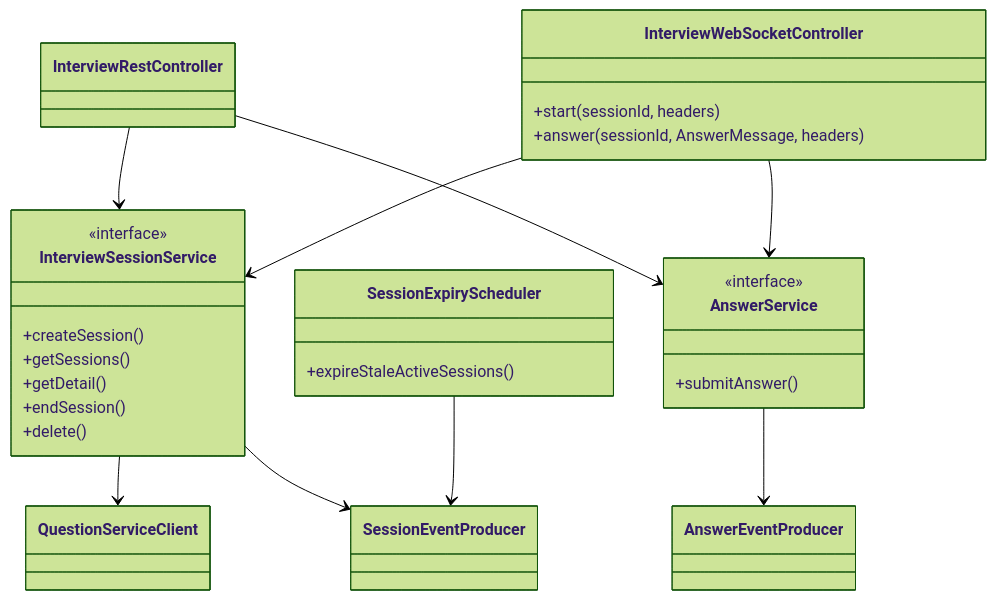
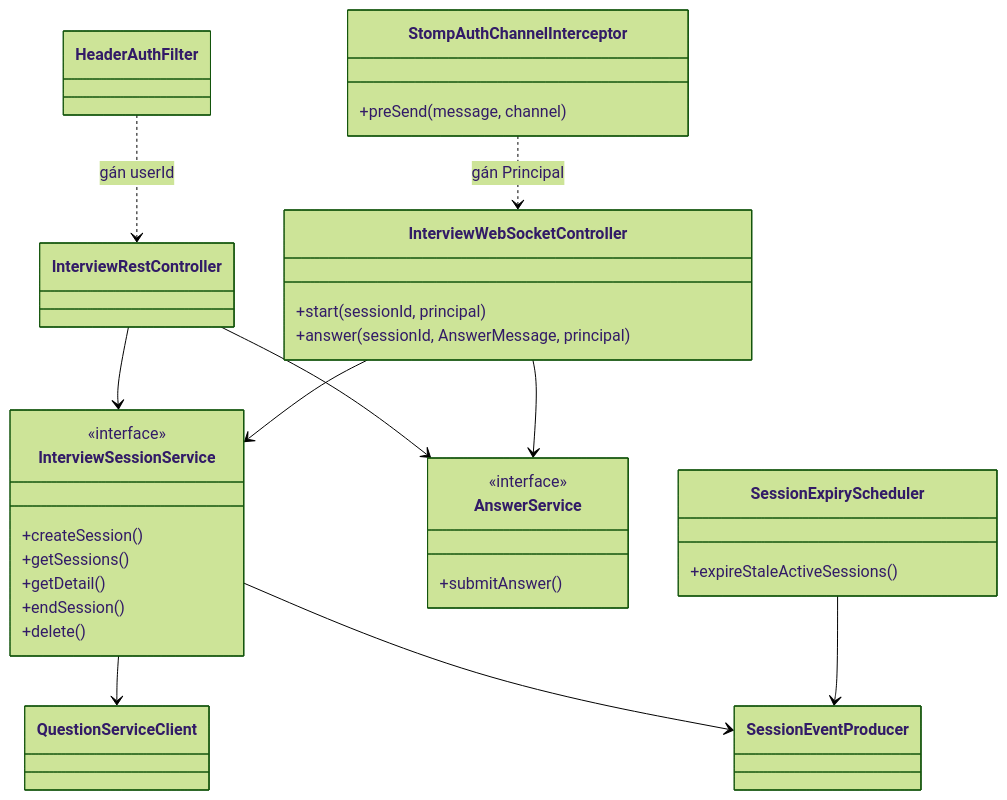
Before and after one commit to ngohoangg/intelli-hire: the fourth of 4 diagrams in docs/services/interview-service.md, drawn with Mermaid (forest theme). The commit also changed other lines of this file and 19 other files, not shown here.

````diff
--- a/docs/services/interview-service.md
+++ b/docs/services/interview-service.md
@@ -132,34 +142,38 @@
 ```mermaid
 classDiagram
     class InterviewRestController
     class InterviewWebSocketController {
-        +start(sessionId, headers)
-        +answer(sessionId, AnswerMessage, headers)
+        +start(sessionId, principal)
+        +answer(sessionId, AnswerMessage, principal)
     }
+    class StompAuthChannelInterceptor {
+        +preSend(message, channel)
+    }
+    class HeaderAuthFilter
     class InterviewSessionService {
         <<interface>>
         +createSession()
         +getSessions()
         +getDetail()
         +endSession()
         +delete()
     }
     class AnswerService {
         <<interface>>
         +submitAnswer()
     }
     class SessionExpiryScheduler {
         +expireStaleActiveSessions()
     }
     class QuestionServiceClient
     class SessionEventProducer
-    class AnswerEventProducer
+    HeaderAuthFilter ..> InterviewRestController : gán userId
+    StompAuthChannelInterceptor ..> InterviewWebSocketController : gán Principal
     InterviewRestController --> InterviewSessionService
     InterviewRestController --> AnswerService
     InterviewWebSocketController --> AnswerService
     InterviewWebSocketController --> InterviewSessionService
     InterviewSessionService --> QuestionServiceClient
     InterviewSessionService --> SessionEventProducer
-    AnswerService --> AnswerEventProducer
     SessionExpiryScheduler --> SessionEventProducer
 ```
````
